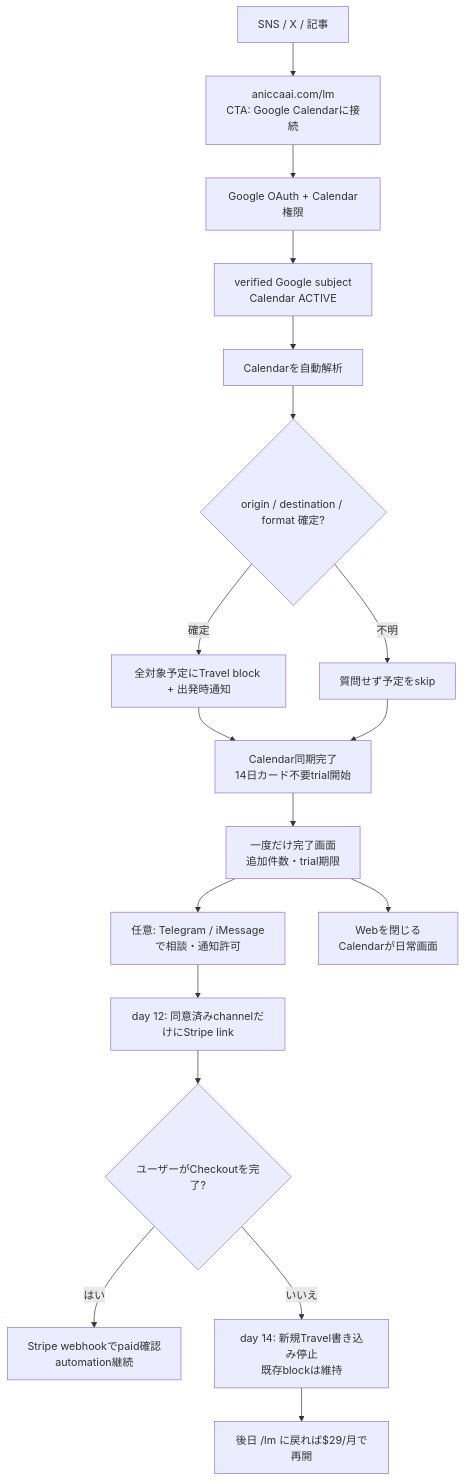
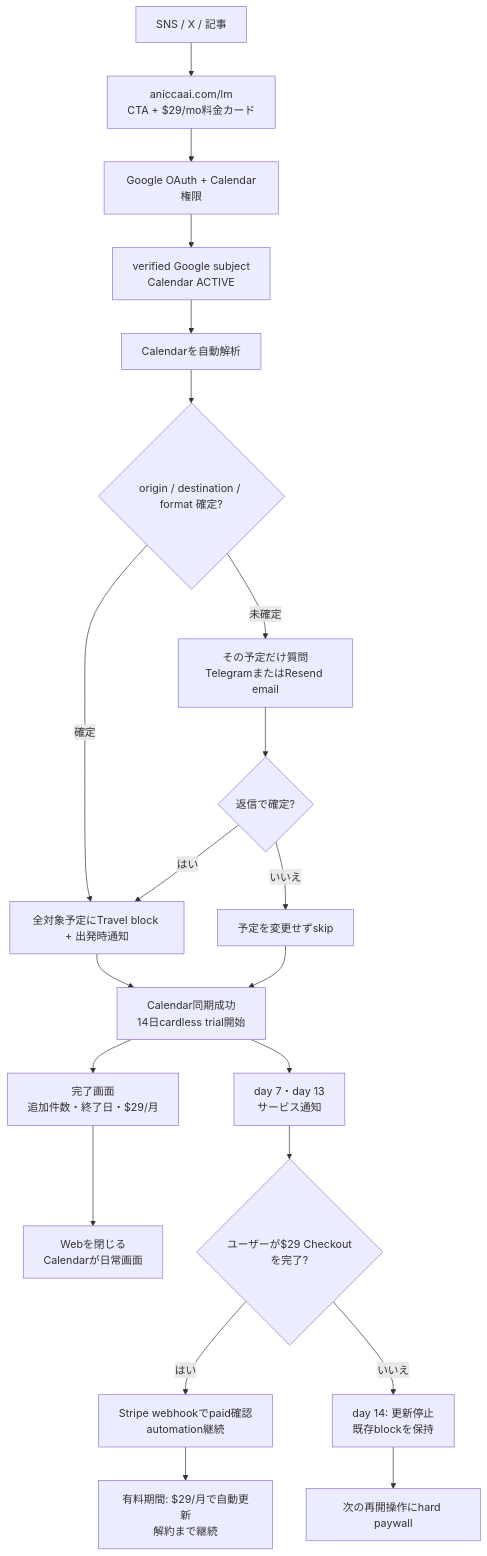
The diagram in docs/superpowers/specs/2026-10-06-life-manager-web-first-travel-design.md (Daisuke134/life-manager), drawn with Mermaid before and after one commit. The commit also changed other lines of this file and 1 other file, not shown here.

Commit message:
docs: define LM trial paywall and channel plan

````diff
--- a/docs/superpowers/specs/2026-10-06-life-manager-web-first-travel-design.md
+++ b/docs/superpowers/specs/2026-10-06-life-manager-web-first-travel-design.md
@@ -96,20 +97,23 @@
 ```mermaid
 flowchart TD
-    A["SNS / X / 記事"] --> B["aniccaai.com/lm<br/>CTA: Google Calendarに接続"]
+    A["SNS / X / 記事"] --> B["aniccaai.com/lm<br/>CTA + $29/mo料金カード"]
     B --> C["Google OAuth + Calendar権限"]
     C --> D["verified Google subject<br/>Calendar ACTIVE"]
     D --> E["Calendarを自動解析"]
     E --> F{"origin / destination / format 確定?"}
     F -- "確定" --> G["全対象予定にTravel block + 出発時通知"]
-    F -- "不明" --> H["質問せず予定をskip"]
-    G --> I["Calendar同期完了<br/>14日カード不要trial開始"]
-    H --> I
-    I --> J["一度だけ完了画面<br/>追加件数・trial期限"]
-    J --> K["任意: Telegram / iMessageで相談・通知許可"]
-    J --> L["Webを閉じる<br/>Calendarが日常画面"]
-    K --> M["day 12: 同意済みchannelだけにStripe link"]
-    M --> N{"ユーザーがCheckoutを完了?"}
-    N -- "はい" --> O["Stripe webhookでpaid確認<br/>automation継続"]
-    N -- "いいえ" --> P["day 14: 新規Travel書き込み停止<br/>既存blockは維持"]
-    P --> Q["後日 /lm に戻れば$29/月で再開"]
+    F -- "未確定" --> H["その予定だけ質問<br/>TelegramまたはResend email"]
+    H --> I{"返信で確定?"}
+    I -- "はい" --> G
+    I -- "いいえ" --> J["予定を変更せずskip"]
+    G --> K["Calendar同期成功<br/>14日cardless trial開始"]
+    J --> K
+    K --> L["完了画面<br/>追加件数・終了日・$29/月"]
+    L --> M["Webを閉じる<br/>Calendarが日常画面"]
+    K --> N["day 7・day 13<br/>サービス通知"]
+    N --> O{"ユーザーが$29 Checkoutを完了?"}
+    O -- "はい" --> P["Stripe webhookでpaid確認<br/>automation継続"]
+    O -- "いいえ" --> Q["day 14: 更新停止<br/>既存blockを保持"]
+    Q --> R["次の再開操作にhard paywall"]
+    P --> S["有料期間: $29/月で自動更新<br/>解約まで継続"]
 ```
````
